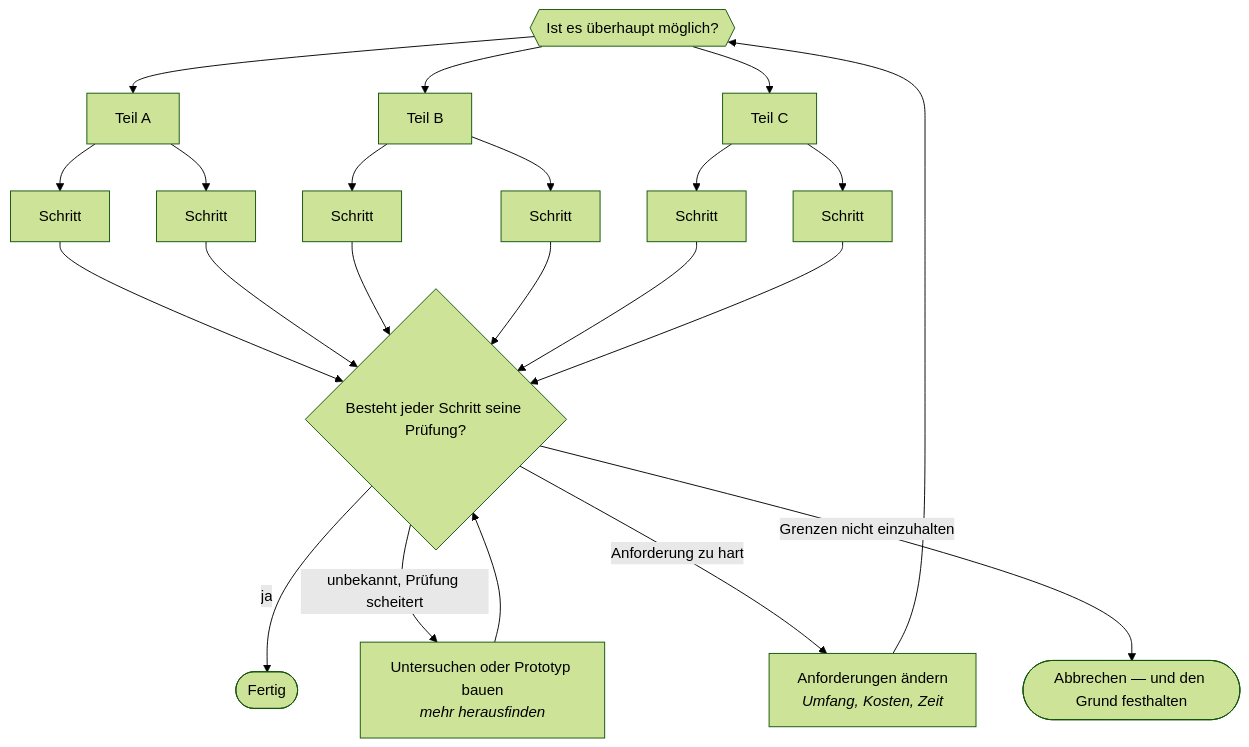
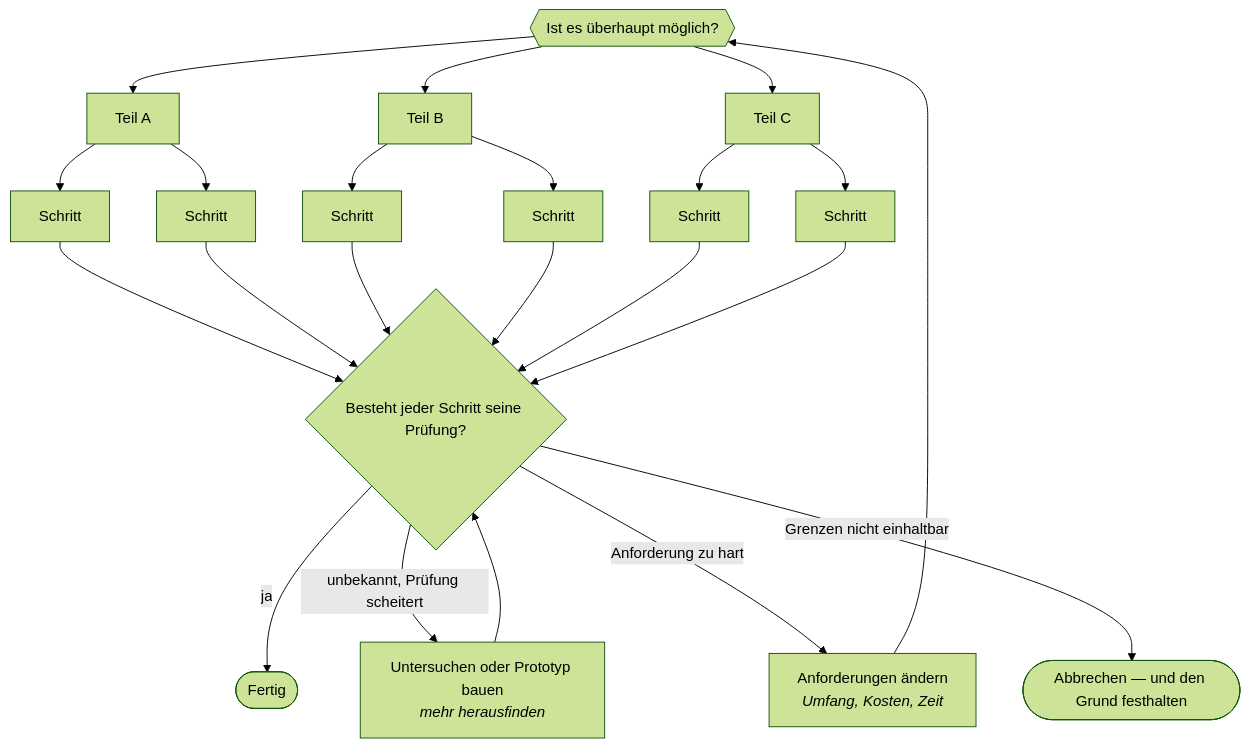
The third of 3 diagrams in book/de/03-principles.md (HomenSAI/two-worlds-one-mind), drawn with Mermaid (forest theme) before and after one commit. The commit also changed other lines of this file and 12 other files, not shown here.

````diff
--- a/book/de/03-principles.md
+++ b/book/de/03-principles.md
@@ -113,12 +113,12 @@
 ```mermaid
 flowchart TB
     Q{{"Ist es überhaupt möglich?"}} --> A[Teil A] & B[Teil B] & C[Teil C]
     A --> A1[Schritt] & A2[Schritt]
     B --> B1[Schritt] & B2[Schritt]
     C --> C1[Schritt] & C2[Schritt]
     A1 & A2 & B1 & B2 & C1 & C2 --> K{"Besteht jeder Schritt seine Prüfung?"}
     K -- ja --> Done([Fertig])
     K -- "unbekannt, Prüfung scheitert" --> R["Untersuchen oder Prototyp bauen<br/><i>mehr herausfinden</i>"] --> K
     K -- "Anforderung zu hart" --> Ch["Anforderungen ändern<br/><i>Umfang, Kosten, Zeit</i>"] --> Q
-    K -- "Grenzen nicht einzuhalten" --> Stop([Abbrechen — und den Grund festhalten])
+    K -- "Grenzen nicht einhaltbar" --> Stop([Abbrechen — und den Grund festhalten])
 ```
````
